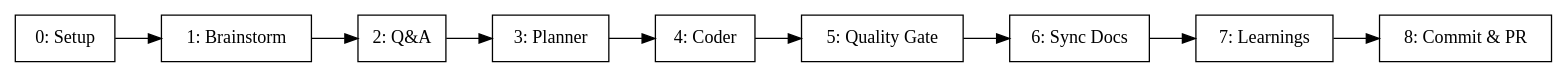
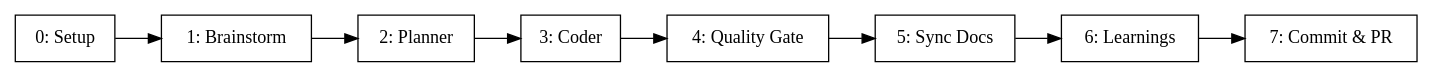
The diagram in skills/orchestrate/SKILL.md (vertexcover-io/harness-engineering), drawn with Graphviz before and after one commit. The commit also changed other lines of this file and 16 other files, not shown here.

````diff
--- a/skills/orchestrate/SKILL.md
+++ b/skills/orchestrate/SKILL.md
@@ -92,19 +91,18 @@
 ```dot
 digraph pipeline {
   rankdir=LR
   node [shape=box]
 
   stage_0 [label="0: Setup"]
   stage_1 [label="1: Brainstorm"]
-  stage_2 [label="2: Q&A"]
-  stage_3 [label="3: Planner"]
-  stage_4 [label="4: Coder"]
-  stage_5 [label="5: Quality Gate"]
-  stage_6 [label="6: Sync Docs"]
-  stage_7 [label="7: Learnings"]
-  stage_8 [label="8: Commit & PR"]
+  stage_2 [label="2: Planner"]
+  stage_3 [label="3: Coder"]
+  stage_4 [label="4: Quality Gate"]
+  stage_5 [label="5: Sync Docs"]
+  stage_6 [label="6: Learnings"]
+  stage_7 [label="7: Commit & PR"]
 
-  stage_0 -> stage_1 -> stage_2 -> stage_3 -> stage_4
-  stage_4 -> stage_5 -> stage_6 -> stage_7 -> stage_8
+  stage_0 -> stage_1 -> stage_2 -> stage_3
+  stage_3 -> stage_4 -> stage_5 -> stage_6 -> stage_7
 }
 ```
````
